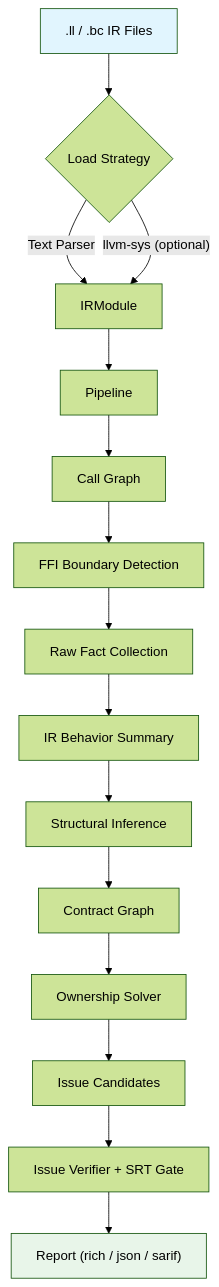
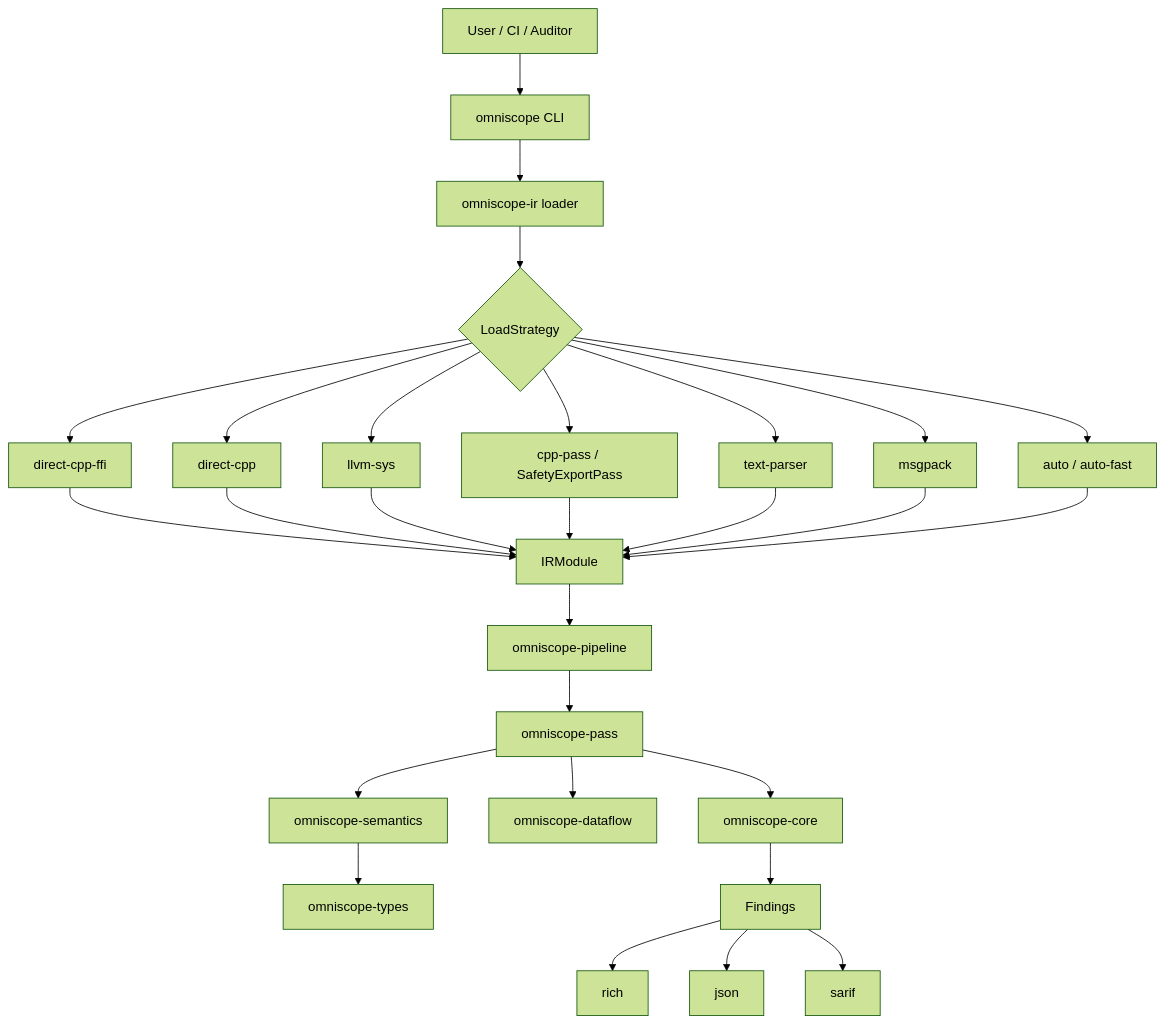
One commit to Timwood0x10/OmniScope-rs changed the first of 2 diagrams in README.md. Above: the diagram before and after it, drawn with Mermaid (forest theme). The commit also changed other lines of this file and 26 other files, not shown here.

````diff
--- a/README.md
+++ b/README.md
@@ -15,20 +89,33 @@
 ```mermaid
 flowchart TD
-    A[".ll / .bc IR Files"] --> B{"Load Strategy"}
-    B -->|"Text Parser"| C["IRModule"]
-    B -->|"llvm-sys (optional)"| C
-    C --> D["Pipeline"]
-    D --> E["Call Graph"]
-    E --> F["FFI Boundary Detection"]
-    F --> G["Raw Fact Collection"]
-    G --> H["IR Behavior Summary"]
-    H --> I["Structural Inference"]
-    I --> J["Contract Graph"]
-    J --> K["Ownership Solver"]
-    K --> L["Issue Candidates"]
-    L --> M["Issue Verifier + SRT Gate"]
-    M --> N["Report (rich / json / sarif)"]
+    User["User / CI / Auditor"] --> CLI["omniscope CLI"]
+    CLI --> Loader["omniscope-ir loader"]
 
-    style A fill:#e1f5fe
-    style N fill:#e8f5e9
+    Loader --> Strategy{"LoadStrategy"}
+    Strategy --> DirectCppFfi["direct-cpp-ffi"]
+    Strategy --> DirectCpp["direct-cpp"]
+    Strategy --> LlvmSys["llvm-sys"]
+    Strategy --> CppPass["cpp-pass / SafetyExportPass"]
+    Strategy --> TextParser["text-parser"]
+    Strategy --> MsgPack["msgpack"]
+    Strategy --> Auto["auto / auto-fast"]
+
+    DirectCppFfi --> IR["IRModule"]
+    DirectCpp --> IR
+    LlvmSys --> IR
+    CppPass --> IR
+    TextParser --> IR
+    MsgPack --> IR
+    Auto --> IR
+
+    IR --> Pipeline["omniscope-pipeline"]
+    Pipeline --> Passes["omniscope-pass"]
+    Passes --> Semantics["omniscope-semantics"]
+    Passes --> Dataflow["omniscope-dataflow"]
+    Passes --> Core["omniscope-core"]
+    Semantics --> Types["omniscope-types"]
+    Core --> Report["Findings"]
+    Report --> Rich["rich"]
+    Report --> Json["json"]
+    Report --> Sarif["sarif"]
 ```
````
